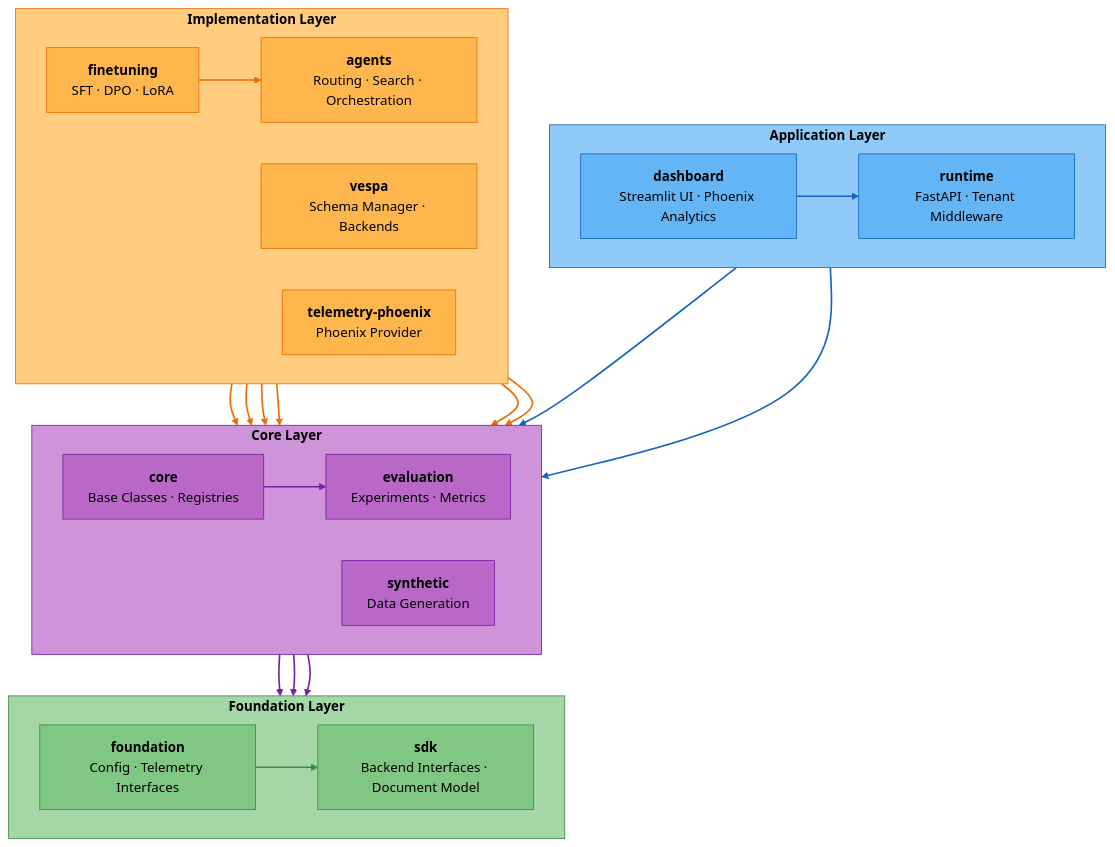
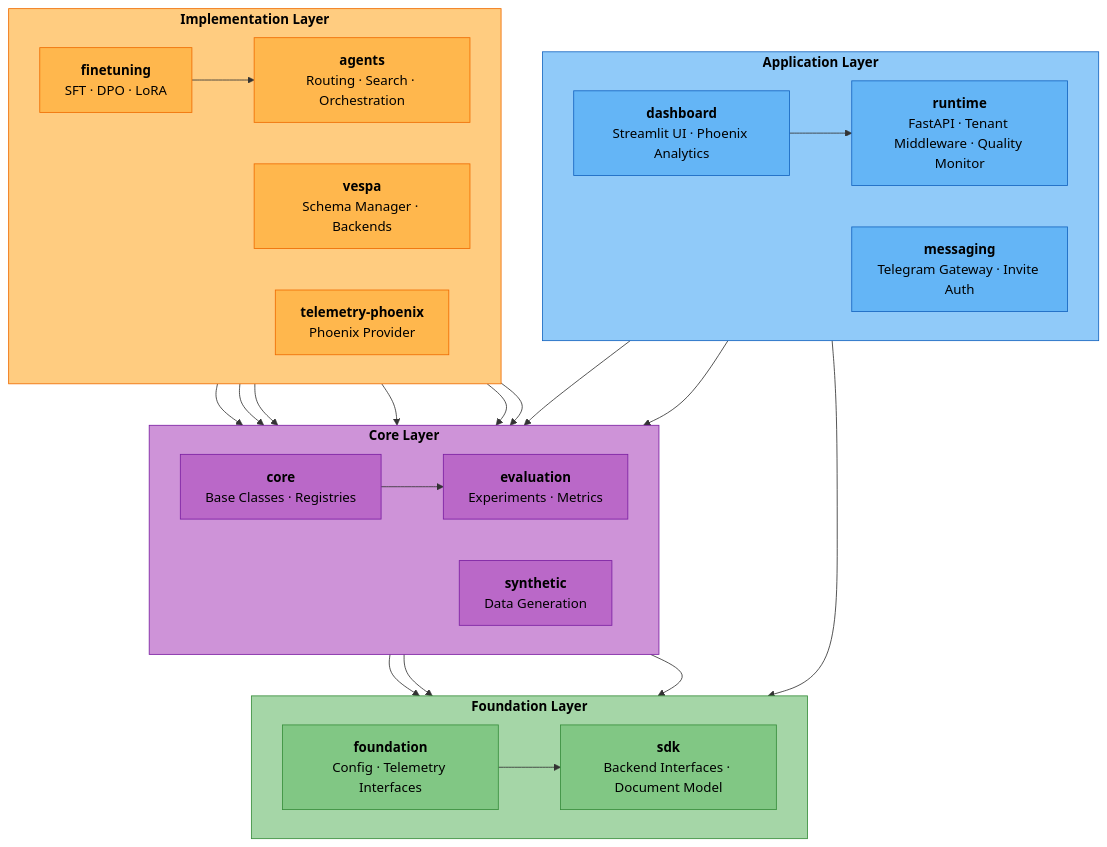
The first of 6 diagrams in docs/architecture/overview.md (amit-jain/cogniverse), drawn with Mermaid before and after one commit. The commit also changed other lines of this file and 8 other files, not shown here.

First line of the commit message:
Add --messaging flag to CLI, update docs for quality monitor, strategy learner, and messaging gateway

````diff
--- a/docs/architecture/overview.md
+++ b/docs/architecture/overview.md
@@ -137,72 +154,70 @@
 ```mermaid
 flowchart TB
     subgraph Application["<span style='color:#000'><b>Application Layer</b></span>"]
         direction LR
         dashboard["<span style='color:#000'><b>dashboard</b><br/>Streamlit UI · Phoenix Analytics</span>"]
-        runtime["<span style='color:#000'><b>runtime</b><br/>FastAPI · Tenant Middleware</span>"]
+        runtime["<span style='color:#000'><b>runtime</b><br/>FastAPI · Tenant Middleware · Quality Monitor</span>"]
+        messaging["<span style='color:#000'><b>messaging</b><br/>Telegram Gateway · Invite Auth</span>"]
     end
 
     subgraph Implementation["<span style='color:#000'><b>Implementation Layer</b></span>"]
         direction LR
         agents["<span style='color:#000'><b>agents</b><br/>Routing · Search · Orchestration</span>"]
         vespa["<span style='color:#000'><b>vespa</b><br/>Schema Manager · Backends</span>"]
         finetuning["<span style='color:#000'><b>finetuning</b><br/>SFT · DPO · LoRA</span>"]
         telemetry["<span style='color:#000'><b>telemetry-phoenix</b><br/>Phoenix Provider</span>"]
     end
 
     subgraph Core["<span style='color:#000'><b>Core Layer</b></span>"]
         direction LR
         core["<span style='color:#000'><b>core</b><br/>Base Classes · Registries</span>"]
         evaluation["<span style='color:#000'><b>evaluation</b><br/>Experiments · Metrics</span>"]
         synthetic["<span style='color:#000'><b>synthetic</b><br/>Data Generation</span>"]
     end
 
     subgraph Foundation["<span style='color:#000'><b>Foundation Layer</b></span>"]
         direction LR
         foundation["<span style='color:#000'><b>foundation</b><br/>Config · Telemetry Interfaces</span>"]
         sdk["<span style='color:#000'><b>sdk</b><br/>Backend Interfaces · Document Model</span>"]
     end
 
     dashboard --> runtime
     dashboard --> evaluation
     runtime --> core
+    messaging --> foundation
 
     agents --> core
     agents --> synthetic
     vespa --> core
     finetuning --> agents
     finetuning --> synthetic
     telemetry --> core
     telemetry --> evaluation
 
     core --> evaluation
     core --> foundation
     evaluation --> foundation
     synthetic --> sdk
     foundation --> sdk
 
     style Application fill:#90caf9,stroke:#1565c0,color:#000
     style Implementation fill:#ffcc80,stroke:#ef6c00,color:#000
     style Core fill:#ce93d8,stroke:#7b1fa2,color:#000
     style Foundation fill:#a5d6a7,stroke:#388e3c,color:#000
 
     style dashboard fill:#64b5f6,stroke:#1565c0,color:#000
     style runtime fill:#64b5f6,stroke:#1565c0,color:#000
+    style messaging fill:#64b5f6,stroke:#1565c0,color:#000
 
     style agents fill:#ffb74d,stroke:#ef6c00,color:#000
     style vespa fill:#ffb74d,stroke:#ef6c00,color:#000
     style finetuning fill:#ffb74d,stroke:#ef6c00,color:#000
     style telemetry fill:#ffb74d,stroke:#ef6c00,color:#000
 
     style evaluation fill:#ba68c8,stroke:#7b1fa2,color:#000
     style core fill:#ba68c8,stroke:#7b1fa2,color:#000
     style synthetic fill:#ba68c8,stroke:#7b1fa2,color:#000
 
     style foundation fill:#81c784,stroke:#388e3c,color:#000
     style sdk fill:#81c784,stroke:#388e3c,color:#000
-
-    linkStyle 0,1,2 stroke:#1565c0,stroke-width:2px
-    linkStyle 3,4,5,6,7,8,9 stroke:#ef6c00,stroke-width:2px
-    linkStyle 10,11,12,13 stroke:#7b1fa2,stroke-width:2px
-    linkStyle 14 stroke:#388e3c,stroke-width:2px
 ```
````
